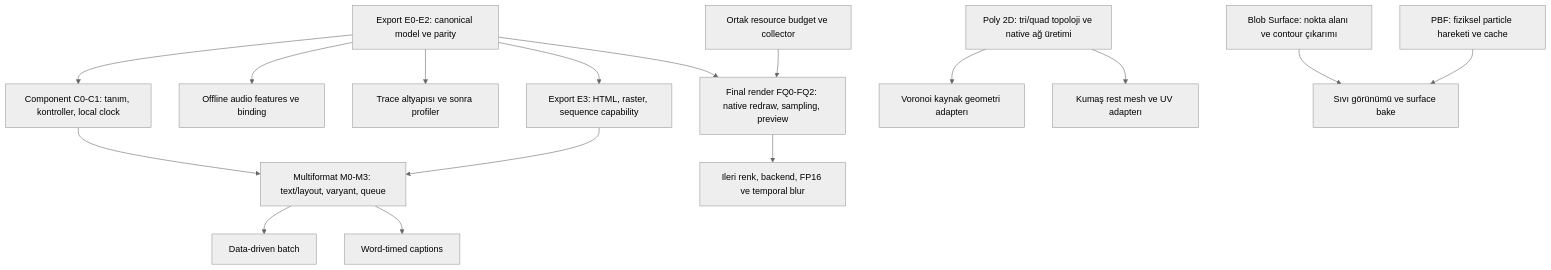
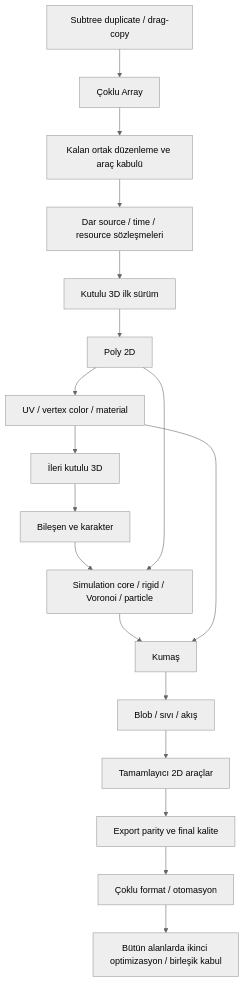
One commit to codie1982/chorono-editor changed the diagram in docs/tr/production-2d-roadmap.md. Above: the diagram before and after it, drawn with Mermaid (neutral theme). The commit also changed other lines of this file and 112 other files, not shown here.

````diff
--- a/docs/tr/production-2d-roadmap.md
+++ b/docs/tr/production-2d-roadmap.md
@@ -47,18 +51,20 @@
 ```mermaid
 flowchart TD
-    E[Export E0-E2: canonical model ve parity] --> C[Component C0-C1: tanım, kontroller, local clock]
-    C --> M[Multiformat M0-M3: text/layout, varyant, queue]
-    M --> D[Data-driven batch]
-    E --> A[Offline audio features ve binding]
-    M --> T[Word-timed captions]
-    E --> P[Trace altyapısı ve sonra profiler]
-    E --> X[Export E3: HTML, raster, sequence capability]
-    X --> M
-    E --> FQ[Final render FQ0-FQ2: native redraw, sampling, preview]
-    O[Ortak resource budget ve collector] --> FQ
-    FQ --> FQA[Ileri renk, backend, FP16 ve temporal blur]
-    G[Poly 2D: tri/quad topoloji ve native ağ üretimi] --> V[Voronoi kaynak geometri adapterı]
-    G --> CL[Kumaş rest mesh ve UV adapterı]
-    B[Blob Surface: nokta alanı ve contour çıkarımı] --> LA[Sıvı görünümü ve surface bake]
-    L[PBF: fiziksel particle hareketi ve cache] --> LA
+    V4[Subtree duplicate / drag-copy] --> V5[Çoklu Array]
+    V5 --> H[Kalan ortak düzenleme ve araç kabulü]
+    H --> I[Dar source / time / resource sözleşmeleri]
+    I --> B[Kutulu 3D ilk sürüm]
+    B --> G[Poly 2D]
+    G --> U[UV / vertex color / material]
+    U --> B2[İleri kutulu 3D]
+    B2 --> C[Bileşen ve karakter]
+    C --> S[Simulation core / rigid / Voronoi / particle]
+    G --> S
+    S --> CL[Kumaş]
+    U --> CL
+    CL --> L[Blob / sıvı / akış]
+    L --> T[Tamamlayıcı 2D araçlar]
+    T --> E[Export parity ve final kalite]
+    E --> M[Çoklu format / otomasyon]
+    M --> O[Bütün alanlarda ikinci optimizasyon / birleşik kabul]
 ```
````
